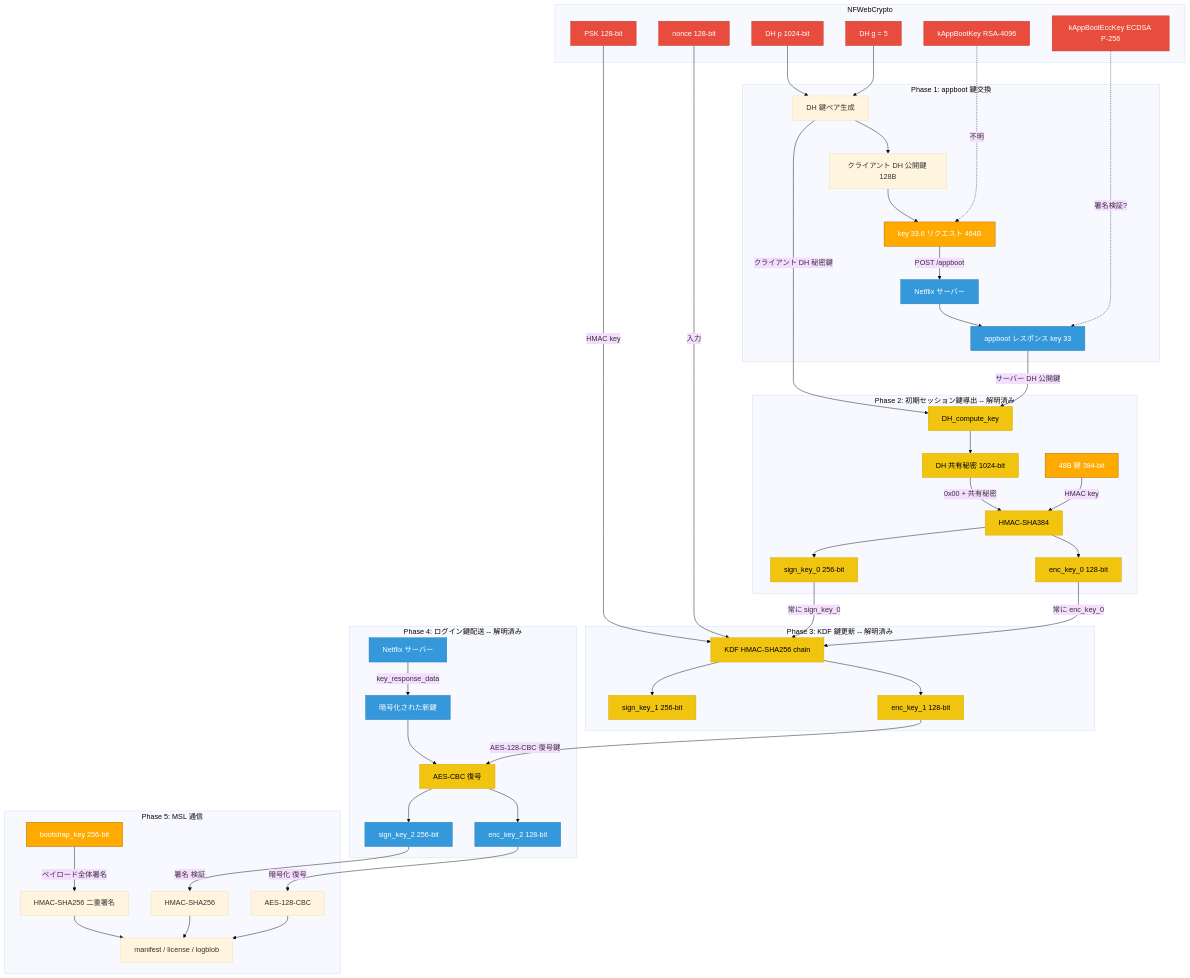
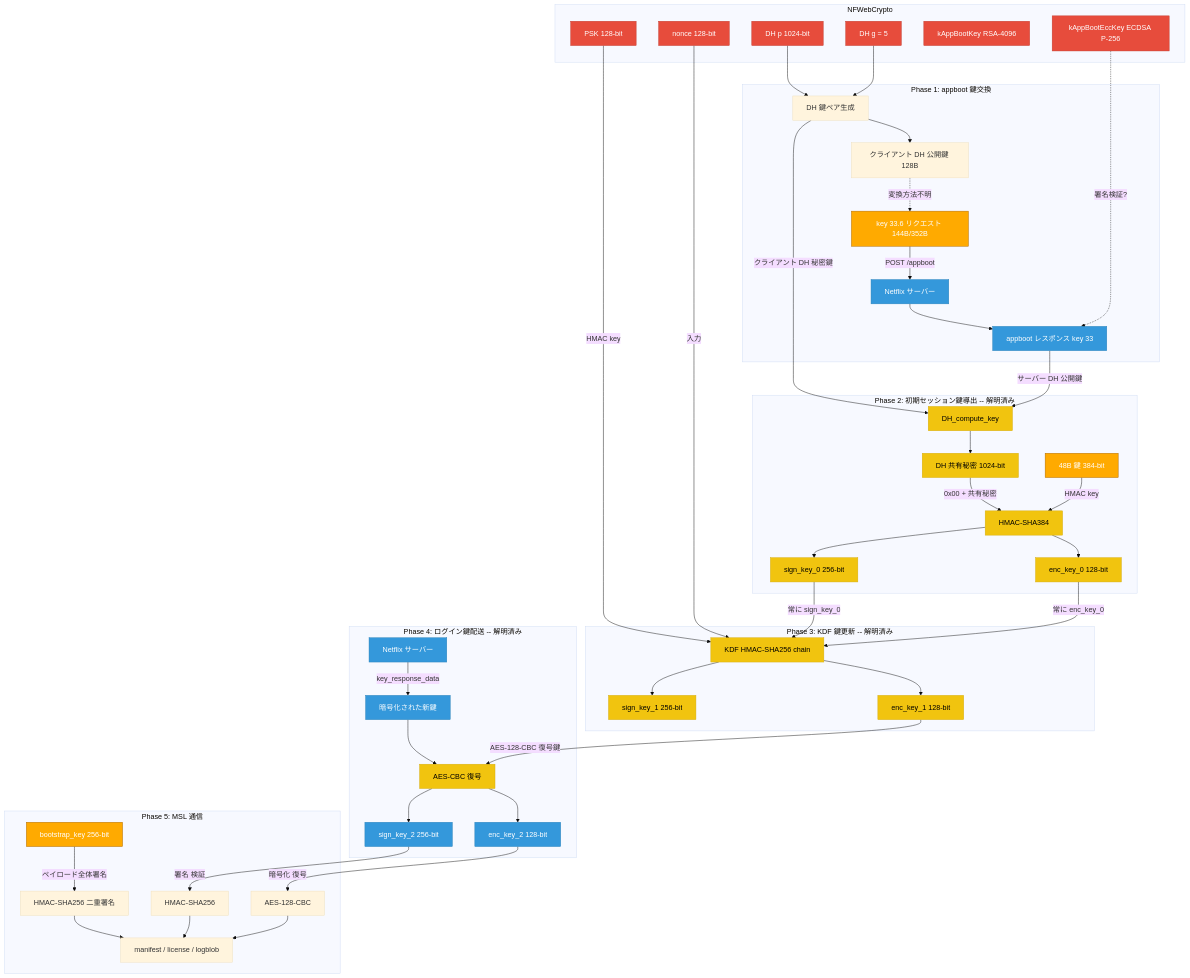
Before and after one commit to qtmleap/revkit: the first of 5 diagrams in docs/spec/msl_key_relationship.md, drawn with Mermaid (base theme). The commit also changed other lines of this file, not shown here.

First line of the commit message:
docs(spec): key 33.6 構成の解析結果を反映

```diff
--- a/docs/spec/msl_key_relationship.md
+++ b/docs/spec/msl_key_relationship.md
@@ -22,8 +22,7 @@
         DH_P --> DH_GEN["DH 鍵ペア生成"]
         DH_G --> DH_GEN
         DH_GEN --> DH_PUB["クライアント DH 公開鍵 128B"]
-        DH_PUB --> KEY336_REQ["key 33.6 リクエスト 464B"]
-        RSA_BOOT -.->|不明| KEY336_REQ
+        DH_PUB -.->|変換方法不明| KEY336_REQ["key 33.6 リクエスト 144B/352B"]
         KEY336_REQ -->|POST /appboot| SERVER["Netflix サーバー"]
         SERVER --> DH_RESP["appboot レスポンス key 33"]
         ECC_BOOT -.->|署名検証?| DH_RESP
```
